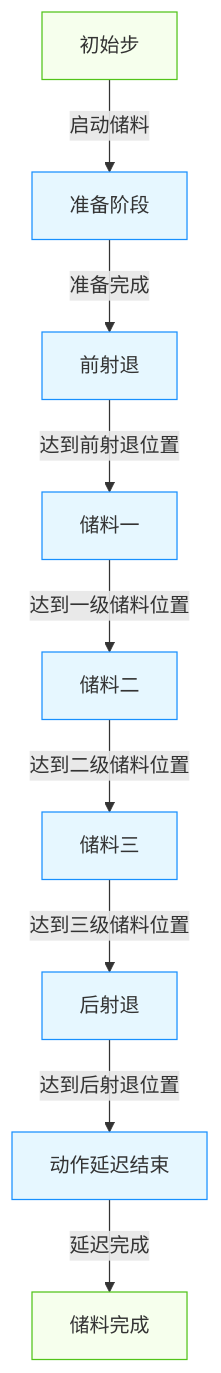
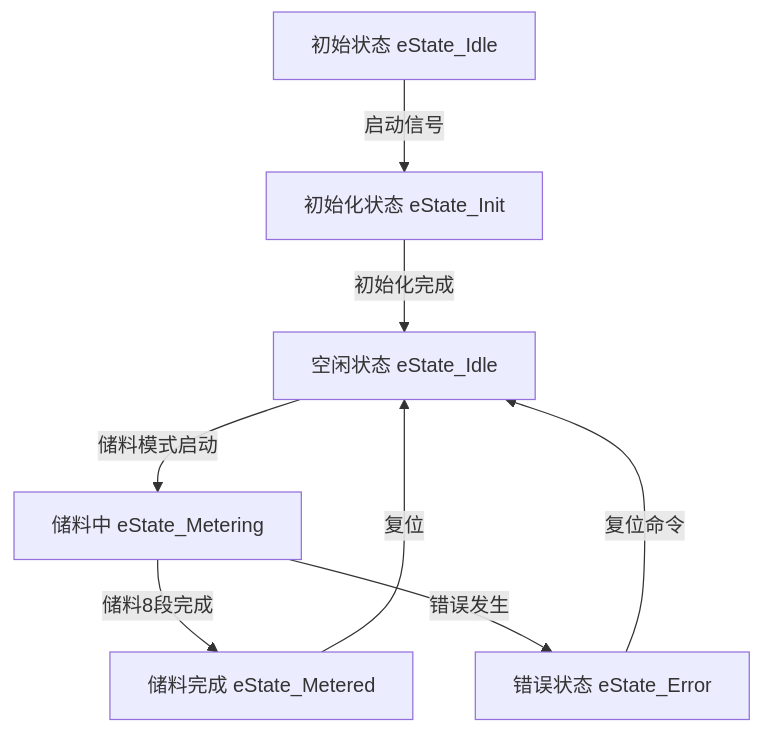
Before and after one commit to Porcheson/inj-machine-docs: the second of 5 diagrams in docs/05_储料清料功能整理.md, drawn with Mermaid. The commit also changed other lines of this file, not shown here.

````diff
--- a/docs/05_储料清料功能整理.md
+++ b/docs/05_储料清料功能整理.md
@@ -42,18 +79,13 @@
 ```mermaid
 flowchart TD
-    %% SFC风格储料流程
-    Start[初始步] -->|启动储料| Ready[准备阶段]
-    Ready -->|准备完成| PreRetract[前射退]
-    PreRetract -->|达到前射退位置| Feed1[储料一]
-    Feed1 -->|达到一级储料位置| Feed2[储料二]
-    Feed2 -->|达到二级储料位置| Feed3[储料三]
-    Feed3 -->|达到三级储料位置| PostRetract[后射退]
-    PostRetract -->|达到后射退位置| EndDelay[动作延迟结束]
-    EndDelay -->|延迟完成| Complete[储料完成]
-    
-    classDef step fill:#e6f7ff,stroke:#1890ff,stroke-width:1px,rounded;
-    classDef default fill:#f6ffed,stroke:#52c41a,stroke-width:1px,rounded;
-    
-    class Ready,PreRetract,Feed1,Feed2,Feed3,PostRetract,EndDelay step;
-    class Start,Complete default;
+    Start[初始状态 eState_Idle] -->|启动信号| Init[初始化状态 eState_Init]
+    Init -->|初始化完成| Idle[空闲状态 eState_Idle]
+    Idle -->|储料模式启动| Metering[储料中 eState_Metering]
+    Metering -->|储料8段完成| Metered[储料完成 eState_Metered]
+    Metered -->|复位| Idle
+    Metering -->|错误发生| Error[错误状态 eState_Error]
+    Error -->|复位命令| Idle
+
+    class Start,Init,Idle,Metering,Metered state
+    class Error error
 ```
````
